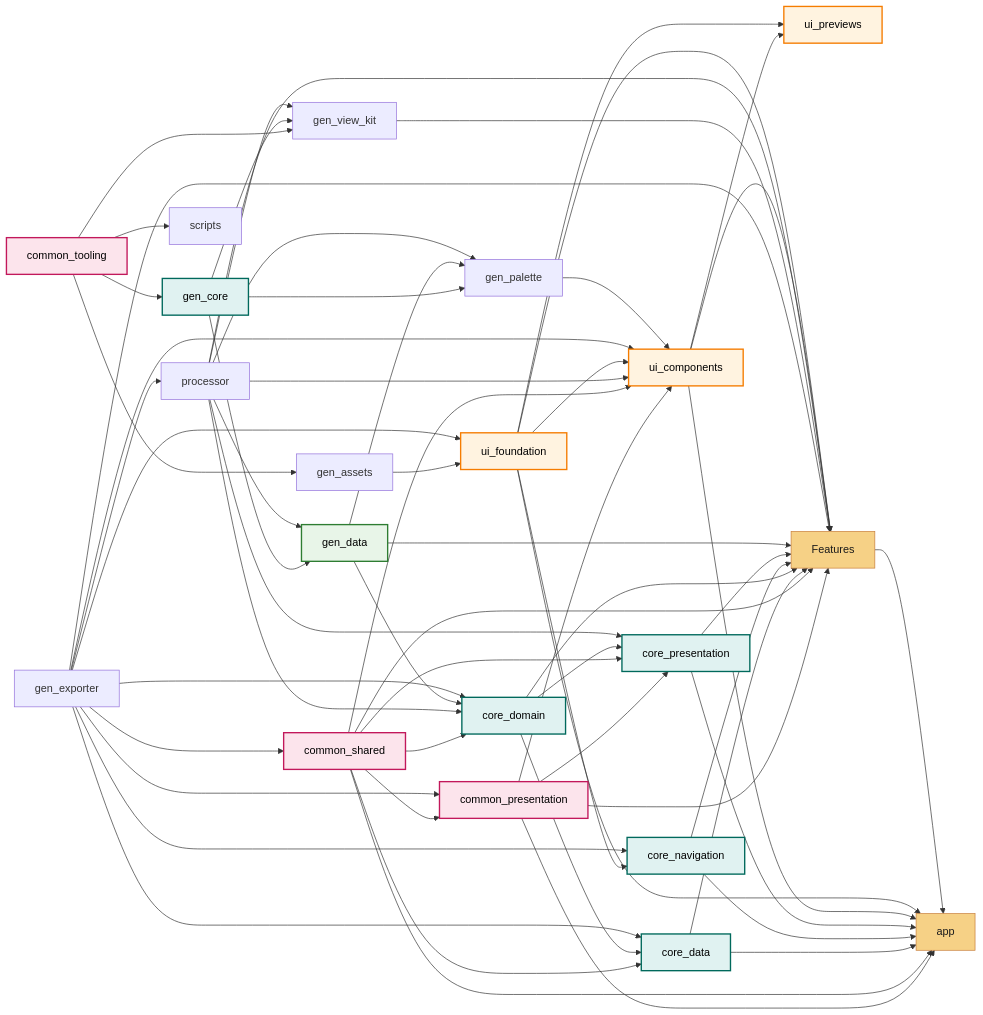
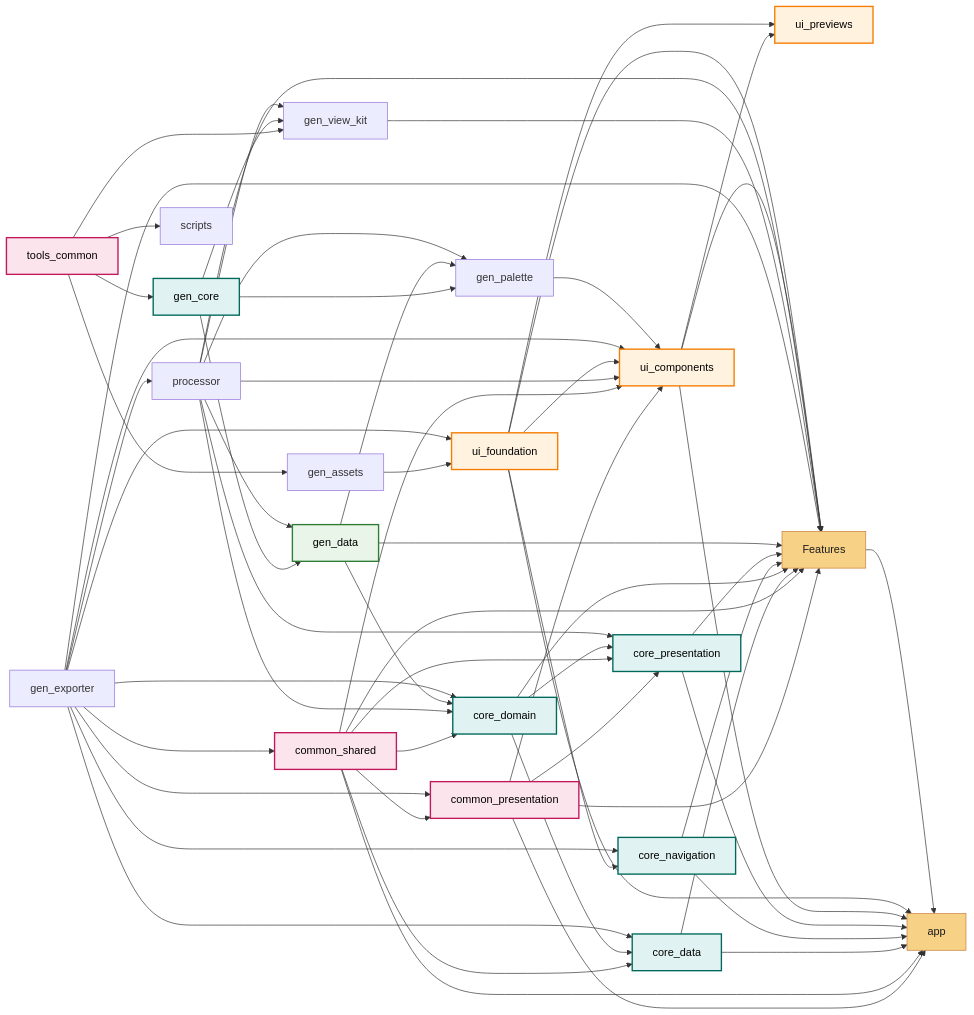
Before and after one commit to hhumbetovv/fullstack-template: the first of 4 diagrams in flutter/module_graph.md, drawn with Mermaid. The commit also changed 303 other files, not shown here.

Commit message:
tech: common/tooling, scripts, processor, generator moved under tooling folder

```diff
--- a/flutter/module_graph.md
+++ b/flutter/module_graph.md
@@ -9,8 +9,8 @@
     common_presentation:::common
     common_shared["common_shared"]
     common_shared:::common
-    common_tooling["common_tooling"]
-    common_tooling:::common
+    tools_common["tools_common"]
+    tools_common:::common
     core_data["core_data"]
     core_data:::core
     core_domain["core_domain"]
@@ -36,7 +36,7 @@
     ui_previews["ui_previews"]
     ui_previews:::ui
     class app feature
-    common_tooling --> scripts
+    tools_common --> scripts
     common_presentation --> app
     common_shared --> app
     core_data --> app
@@ -45,14 +45,14 @@
     ui_components --> app
     ui_foundation --> app
     gen_exporter --> processor
-    common_tooling --> gen_core
-    common_tooling --> gen_assets
+    tools_common --> gen_core
+    tools_common --> gen_assets
     gen_core --> gen_data
     processor --> gen_data
     gen_core --> gen_palette
     gen_data --> gen_palette
     processor --> gen_palette
-    common_tooling --> gen_view_kit
+    tools_common --> gen_view_kit
     gen_core --> gen_view_kit
     processor --> gen_view_kit
     gen_exporter --> common_shared
```
